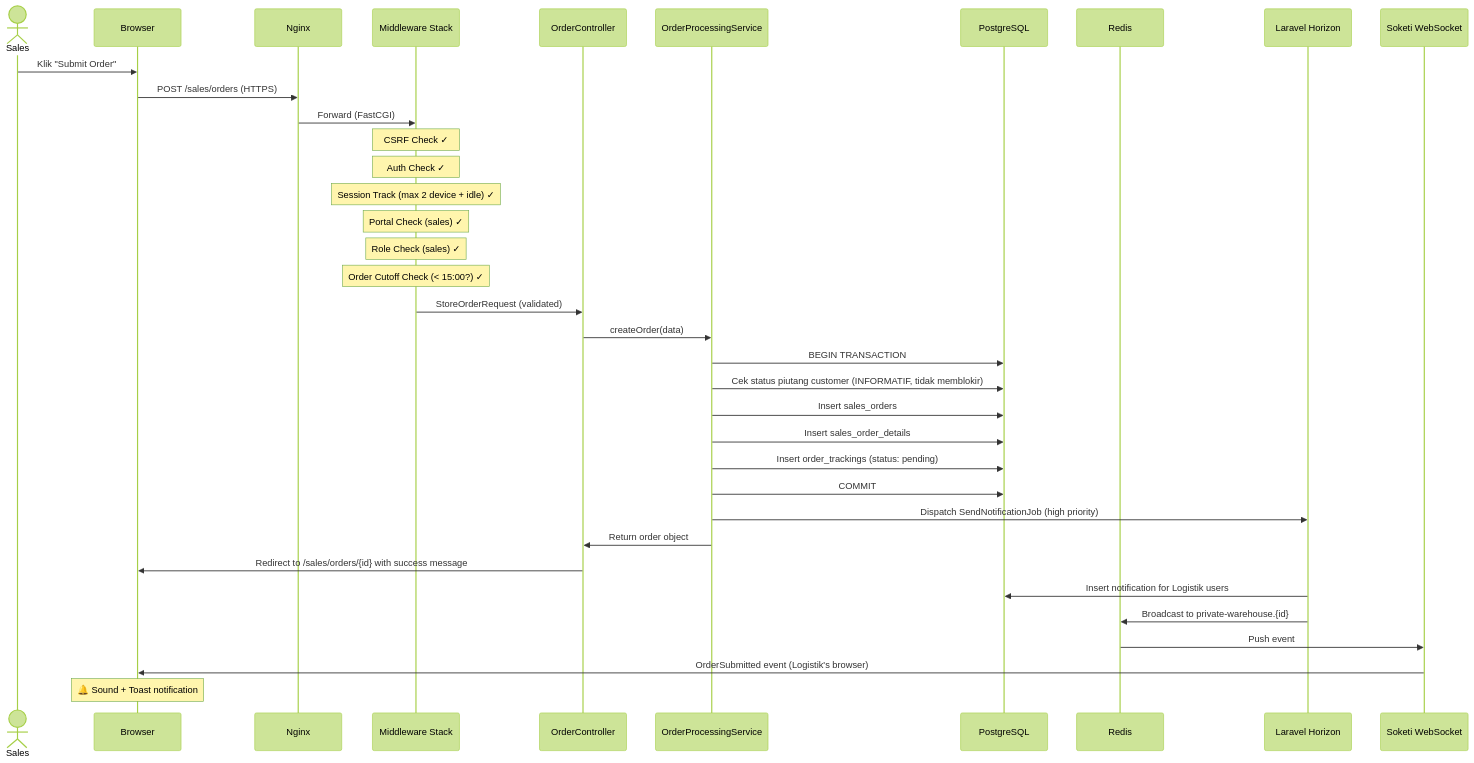
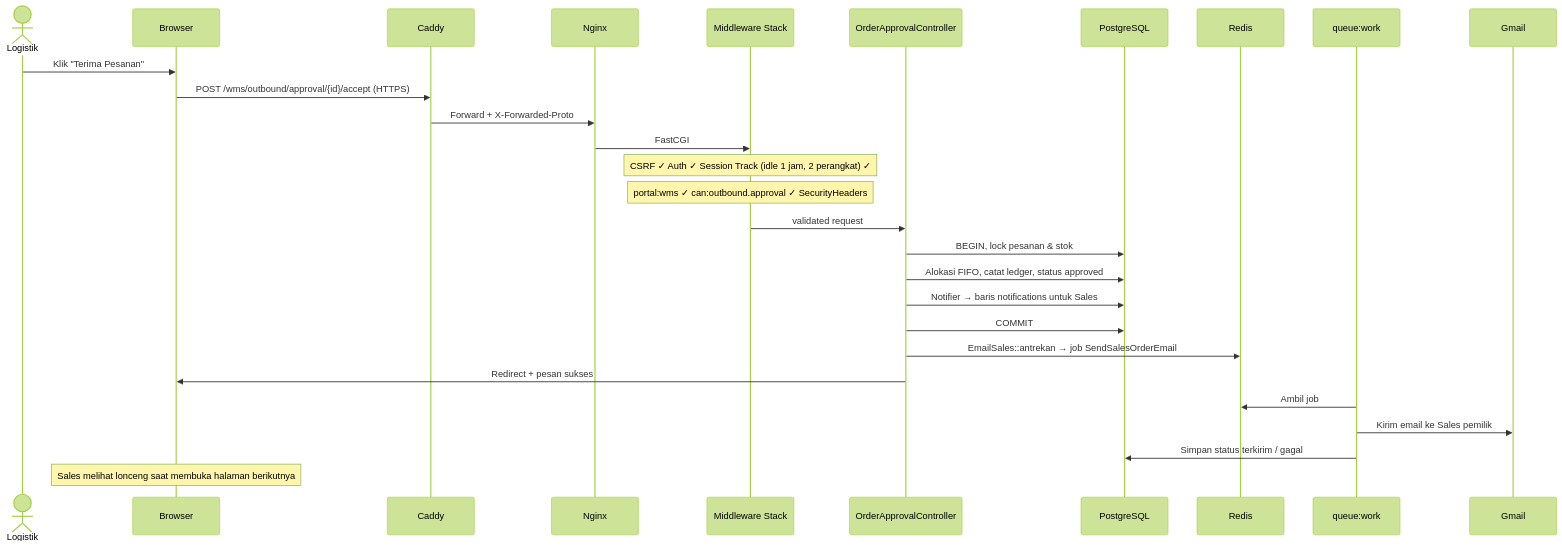
One commit to alfianmutaqin/berger-wms changed the sixth of 6 diagrams in docs/3_system_architecture.md. Above: the diagram before and after it, drawn with Mermaid (forest theme). The commit also changed other lines of this file and 9 other files, not shown here.

````diff
--- a/docs/3_system_architecture.md
+++ b/docs/3_system_architecture.md
@@ -608,45 +490,34 @@
 ```mermaid
 sequenceDiagram
-    actor Sales
+    actor Logistik
     participant Browser
+    participant Caddy
     participant Nginx
     participant Middleware as Middleware Stack
-    participant Controller as OrderController
-    participant Service as OrderProcessingService
+    participant Controller as OrderApprovalController
     participant DB as PostgreSQL
     participant Redis
-    participant Queue as Laravel Horizon
-    participant WS as Soketi WebSocket
+    participant Queue as queue:work
+    participant Gmail
 
-    Sales->>Browser: Klik "Submit Order"
-    Browser->>Nginx: POST /sales/orders (HTTPS)
-    Nginx->>Middleware: Forward (FastCGI)
-    
-    Note over Middleware: CSRF Check ✓
-    Note over Middleware: Auth Check ✓
-    Note over Middleware: Session Track (max 2 device + idle) ✓
-    Note over Middleware: Portal Check (sales) ✓
-    Note over Middleware: Role Check (sales) ✓
-    Note over Middleware: Order Cutoff Check (< 15:00?) ✓
-    
-    Middleware->>Controller: StoreOrderRequest (validated)
-    Controller->>Service: createOrder(data)
-    
-    Service->>DB: BEGIN TRANSACTION
-    Service->>DB: Cek status piutang customer (INFORMATIF, tidak memblokir)
-    Service->>DB: Insert sales_orders
-    Service->>DB: Insert sales_order_details
-    Service->>DB: Insert order_trackings (status: pending)
-    Service->>DB: COMMIT
-    
-    Service->>Queue: Dispatch SendNotificationJob (high priority)
-    Service->>Controller: Return order object
-    
-    Controller->>Browser: Redirect to /sales/orders/{id} with success message
-    
-    Queue->>DB: Insert notification for Logistik users
-    Queue->>Redis: Broadcast to private-warehouse.{id}
-    Redis->>WS: Push event
-    WS->>Browser: OrderSubmitted event (Logistik's browser)
-    Note over Browser: 🔔 Sound + Toast notification
+    Logistik->>Browser: Klik "Terima Pesanan"
+    Browser->>Caddy: POST /wms/outbound/approval/{id}/accept (HTTPS)
+    Caddy->>Nginx: Forward + X-Forwarded-Proto
+    Nginx->>Middleware: FastCGI
+
+    Note over Middleware: CSRF ✓ Auth ✓ Session Track (idle 1 jam, 2 perangkat) ✓
+    Note over Middleware: portal:wms ✓ can:outbound.approval ✓ SecurityHeaders
+
+    Middleware->>Controller: validated request
+    Controller->>DB: BEGIN, lock pesanan & stok
+    Controller->>DB: Alokasi FIFO, catat ledger, status approved
+    Controller->>DB: Notifier → baris notifications untuk Sales
+    Controller->>DB: COMMIT
+    Controller->>Redis: EmailSales::antrekan → job SendSalesOrderEmail
+    Controller->>Browser: Redirect + pesan sukses
+
+    Queue->>Redis: Ambil job
+    Queue->>Gmail: Kirim email ke Sales pemilik
+    Queue->>DB: Simpan status terkirim / gagal
+    Note over Browser: Sales melihat lonceng saat membuka halaman berikutnya
 ```
````
